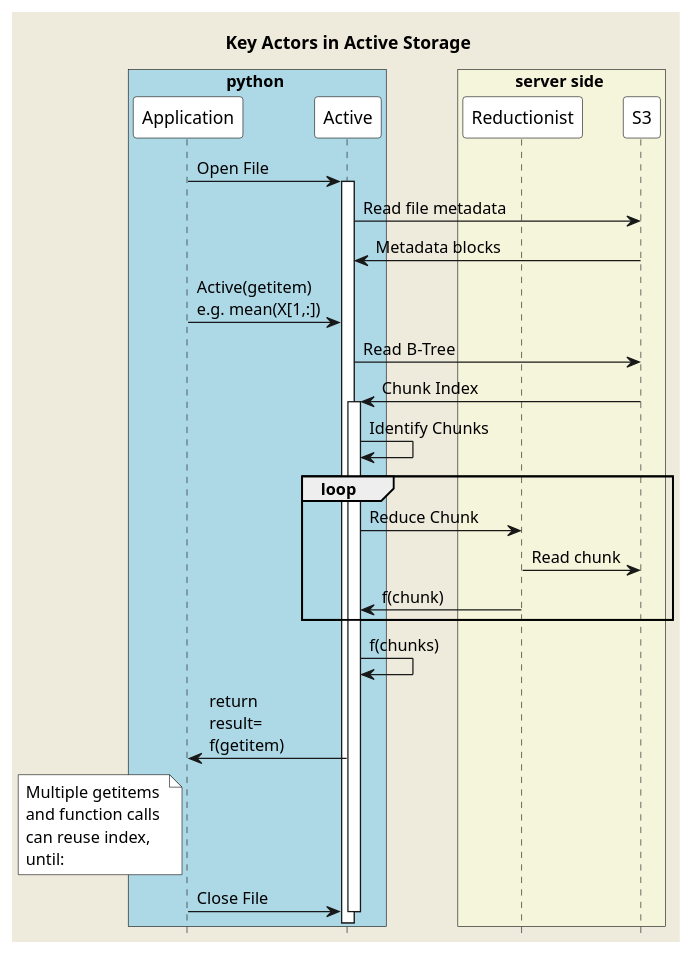
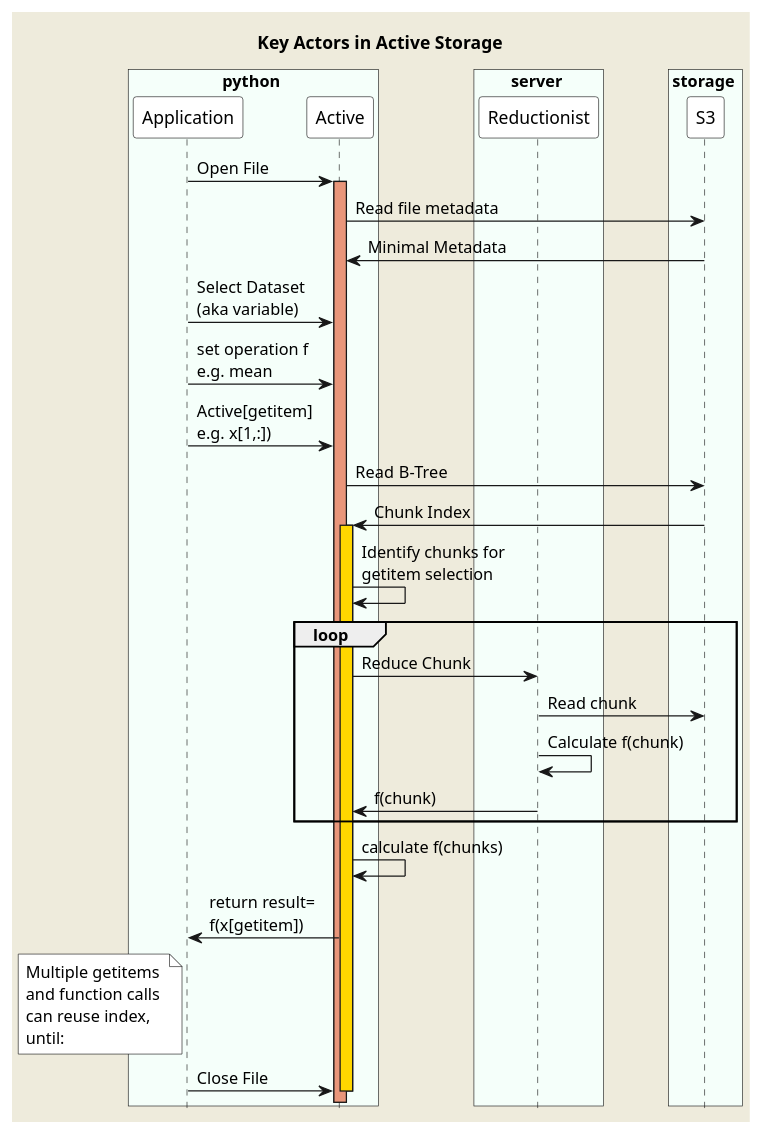
One commit to NCAS-CMS/PyActiveStorage changed the diagram in doc/figures/sequence.pu. Above: the diagram before and after it, drawn with PlantUML. The commit also changed 2 other files, not shown here.

```diff
--- a/doc/figures/sequence.pu
+++ b/doc/figures/sequence.pu
@@ -1,51 +1,56 @@
 @startuml
 skinparam backgroundColor #EEEBDC
 'skinparam handwritten true
 skinparam notebackgroundcolor white
 
 skinparam sequence {
     participantBackgroundColor White
     BackgroundColor White
 }
 
 
 hide footbox
 title Key Actors in Active Storage 
 
-box python #lightblue
+box python #mintcream
 participant Application 
 participant Active
 end box
-box server side #beige
+box storage #mintcream
+box server #mintcream
 participant Reductionist
+end box
 participant S3
 end box
 Application -> Active: Open File
-activate Active
+activate Active #DarkSalmon
 Active -> S3: Read file metadata
-S3 -> Active: Metadata blocks
-Application -> Active: Active(getitem)\ne.g. mean(X[1,:])
+S3 -> Active: Minimal Metadata 
+Application -> Active: Select Dataset\n(aka variable)
+Application -> Active: set operation f\ne.g. mean
+Application -> Active: Active[getitem]\ne.g. x[1,:])
 Active -> S3: Read B-Tree
 S3 -> Active: Chunk Index
-activate Active
-Active -> Active: Identify Chunks
+activate Active #gold
+Active -> Active: Identify chunks for\ngetitem selection
 loop 
 Active -> Reductionist: Reduce Chunk
 Reductionist -> S3 : Read chunk
+Reductionist -> Reductionist: Calculate f(chunk)
 Reductionist -> Active: f(chunk)
 end 
-Active -> Active: f(chunks)
-Active -> Application: return\nresult=\nf(getitem)
+Active -> Active: calculate f(chunks)
+Active -> Application: return result=\nf(x[getitem])
 note  left of Application
 Multiple getitems 
 and function calls 
 can reuse index, 
 until:
 end note
 Application -> Active: Close File
 deactivate Active
 
 
 
 
 @enduml
```
